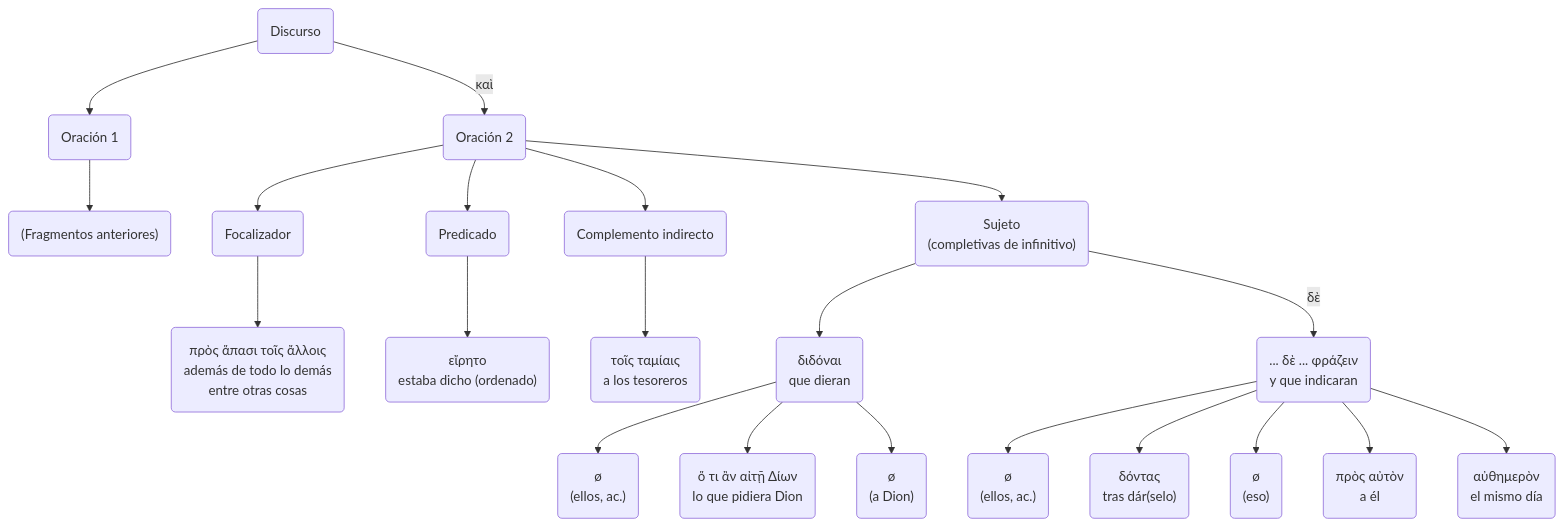
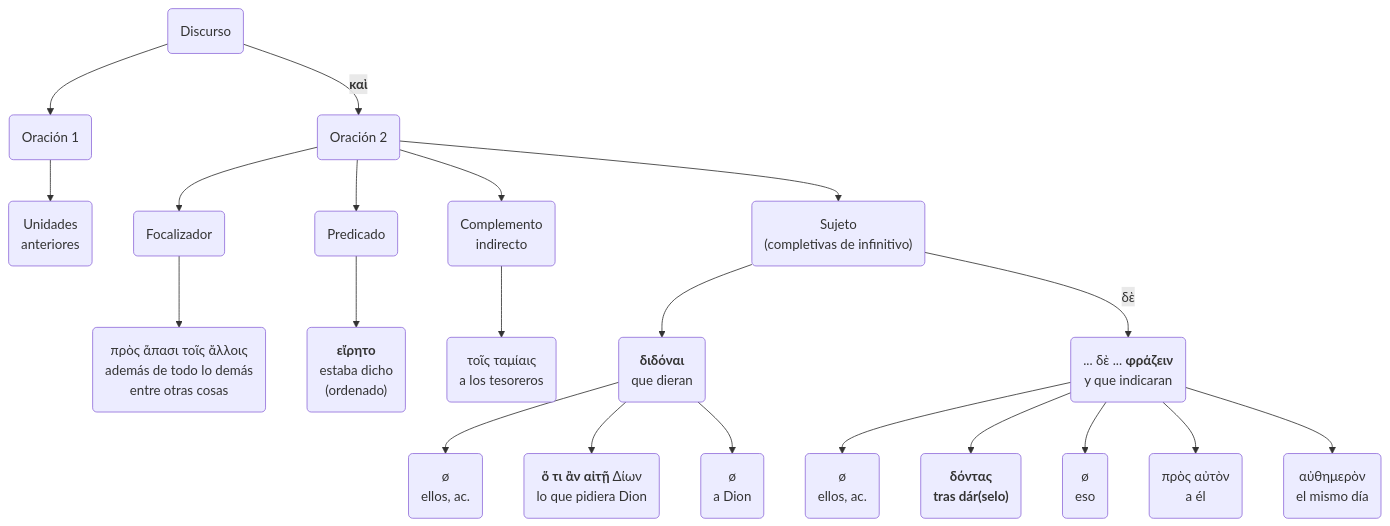
Diagram 21 of 54 in docs/Plutarch_Dion/Dion.md (pajaro1966/Asignaturas), drawn with Mermaid before and after one commit. The commit also changed other lines of this file and 79 other files, not shown here.

````diff
--- a/docs/Plutarch_Dion/Dion.md
+++ b/docs/Plutarch_Dion/Dion.md
@@ -445,36 +497,20 @@
     ```mermaid
     graph TB
 
-    A0("Discurso")-->A00("Oración 1")-->A000("(Fragmentos anteriores)")
-    A0-->|"καὶ"|A1("Oración 2")
-    A1-->A2("Focalizador")-->A21("πρὸς ἅπασι τοῖς ἄλλοις
-    además de todo lo demás
-    entre otras cosas")
-    A1-->A3("Predicado")-->A31("εἴρητο
-    estaba dicho (ordenado)")
-    A1-->A4("Complemento indirecto")-->A41("τοῖς ταμίαις
-    a los tesoreros")
-    A1-->A5("Sujeto
-    (completivas de infinitivo)")
-    A5-->A51("διδόναι
-    que dieran")
-    A51-->A510("ø
-    (ellos, ac.)")
-    A51-->A511("ὅ τι ἂν αἰτῇ Δίων
-    lo que pidiera Dion")
-    A51-->A512("ø
-    (a Dion)")
-    A5-->|"δὲ"|A52("... δὲ ... φράζειν
-    y que indicaran")
-    A52-->A520("ø
-    (ellos, ac.)")
-    A52-->A521("δόντας
-    tras dár(selo)")
-    A52-->A524("ø
-    (eso)")
-    A52-->A522("πρὸς αὐτὸν
-    a él")
-    A52-->A523("αὐθημερὸν
-    el mismo día")
-
+    A0("Discurso")-->A00("Oración 1")-->A000("Unidades<br>anteriores")
+    A0-->|"<b>καὶ</b>"|A1("Oración 2")
+    A1-->A2("Focalizador")-->A21("πρὸς ἅπασι τοῖς ἄλλοις<br>además de todo lo demás<br>entre otras cosas")
+    A1-->A3("Predicado")-->A31("<b>εἴρητο</b><br>estaba dicho<br>(ordenado)")
+    A1-->A4("Complemento<br>indirecto")-->A41("τοῖς ταμίαις<br>a los tesoreros")
+    A1-->A5("Sujeto<br>(completivas de infinitivo)")
+    A5-->A51("<b>διδόναι</b><br>que dieran")
+    A51-->A510("ø<br>ellos, ac.")
+    A51-->A511("<b>ὅ τι</b> <b>ἂν αἰτῇ</b> Δίων<br>lo que pidiera Dion")
+    A51-->A512("ø<br>a Dion")
+    A5-->|"δὲ"|A52("... δὲ ... <b>φράζειν</b><br>y que indicaran")
+    A52-->A520("ø<br>ellos, ac.")
+    A52-->A521("<b>δόντας<b><br>tras dár(selo)")
+    A52-->A524("ø<br>eso")
+    A52-->A522("πρὸς αὐτὸν<br>a él")
+    A52-->A523("αὐθημερὸν<br>el mismo día")
     ```
````
